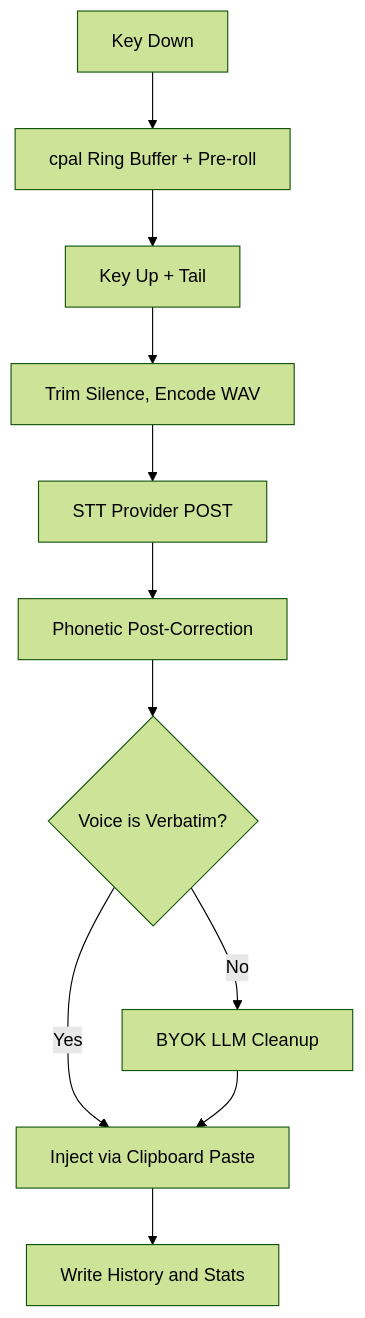
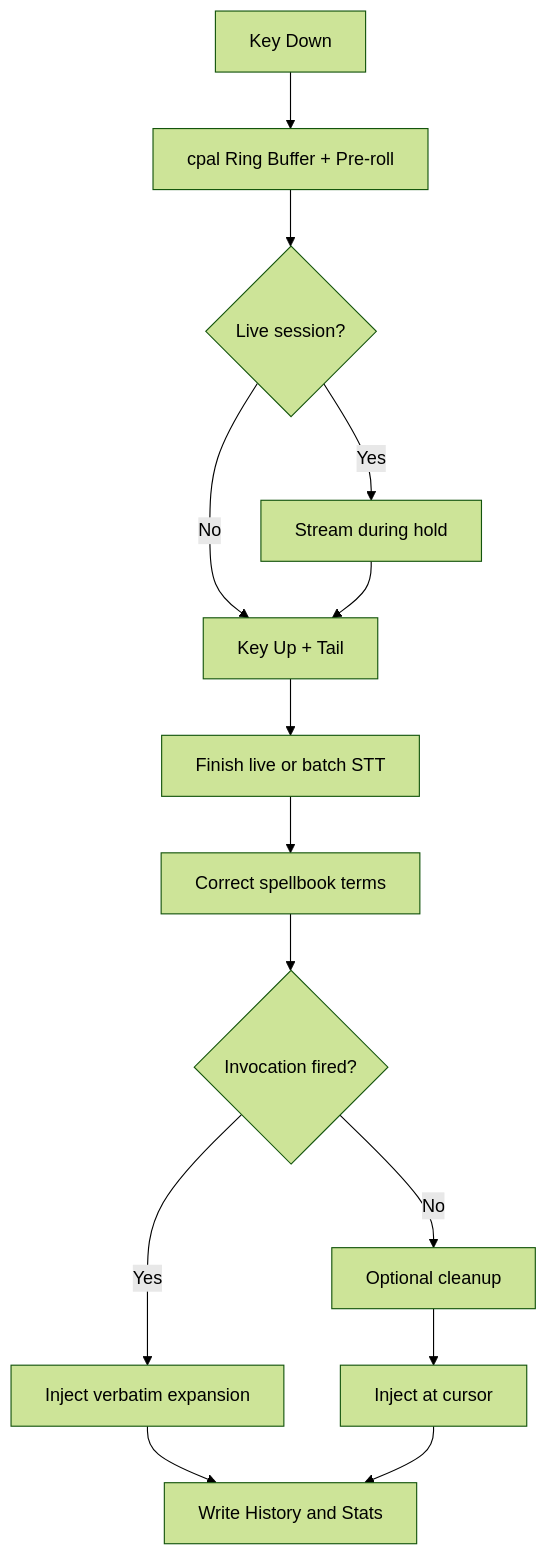
Before and after one commit to BoardPandas/Hark: the second of 2 diagrams in Docs/OVERVIEW.md, drawn with Mermaid (forest theme). The commit also changed other lines of this file and 25 other files, not shown here.

````diff
--- a/Docs/OVERVIEW.md
+++ b/Docs/OVERVIEW.md
@@ -135,13 +131,16 @@
 ```mermaid
 graph TD
     KeyDown["Key Down"] --> RingBuffer["cpal Ring Buffer + Pre-roll"]
-    RingBuffer --> KeyUp["Key Up + Tail"]
-    KeyUp --> Trim["Trim Silence, Encode WAV"]
-    Trim --> SttPost["STT Provider POST"]
-    SttPost --> Spellbook["Phonetic Post-Correction"]
-    Spellbook --> VoiceCheck{"Voice is Verbatim?"}
-    VoiceCheck -->|"Yes"| Inject["Inject via Clipboard Paste"]
-    VoiceCheck -->|"No"| Cleanup["BYOK LLM Cleanup"]
-    Cleanup --> Inject
+    RingBuffer --> Live{"Live session?"}
+    Live -->|"Yes"| Stream["Stream during hold"]
+    Live -->|"No"| KeyUp["Key Up + Tail"]
+    Stream --> KeyUp
+    KeyUp --> Recognize["Finish live or batch STT"]
+    Recognize --> Correct["Correct spellbook terms"]
+    Correct --> Invoke{"Invocation fired?"}
+    Invoke -->|"Yes"| Verbatim["Inject verbatim expansion"]
+    Invoke -->|"No"| Cleanup["Optional cleanup"]
+    Cleanup --> Inject["Inject at cursor"]
+    Verbatim --> History
     Inject --> History["Write History and Stats"]
 ```
````
